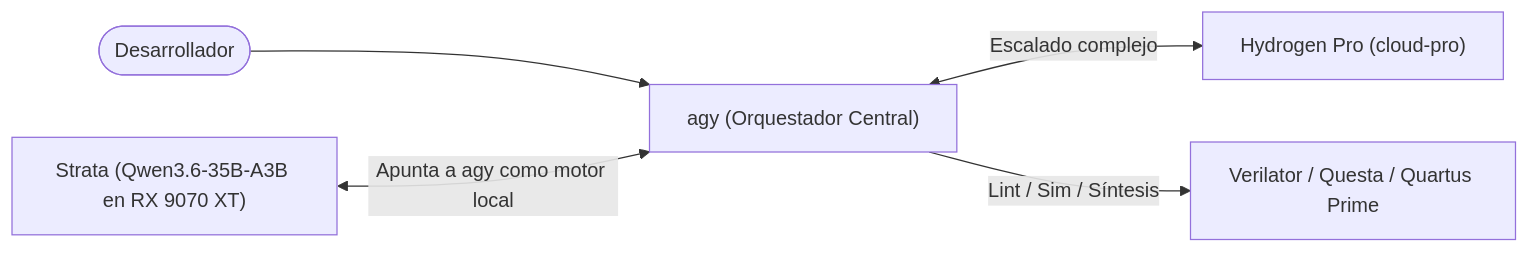
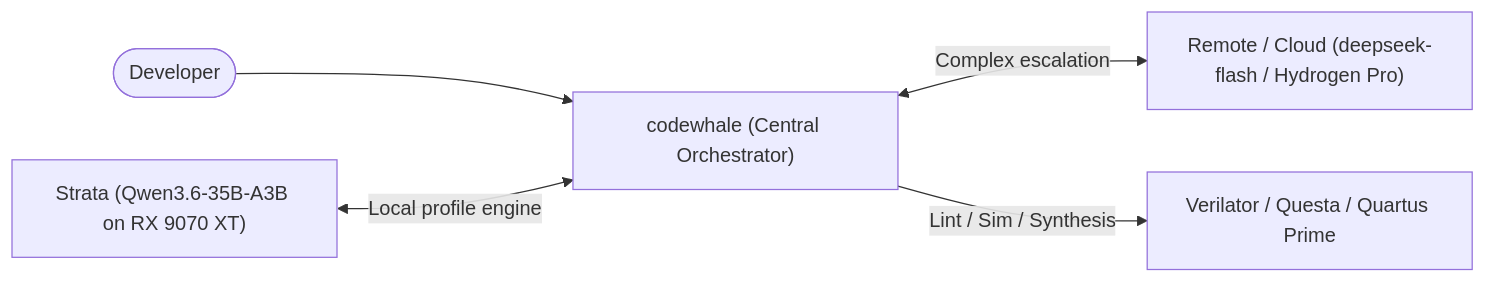
Before and after one commit to DanimanX/9070FpgaIAWorkflow: the diagram in README.md, drawn with Mermaid. The commit also changed other lines of this file and 3 other files, not shown here.

Commit message:
Switch orchestrator from agy to codewhale and translate project to English

````diff
--- a/README.md
+++ b/README.md
@@ -24,7 +24,7 @@
 ```mermaid
 flowchart LR
-    Dev(["Desarrollador"]) --> Agy["agy (Orquestador Central)"]
-    Strata["Strata (Qwen3.6-35B-A3B en RX 9070 XT)"] <-->|"Apunta a agy como motor local"| Agy
-    Agy <-->|"Escalado complejo"| Cloud["Hydrogen Pro (cloud-pro)"]
-    Agy -->|"Lint / Sim / Síntesis"| Tools["Verilator / Questa / Quartus Prime"]
+    Dev(["Developer"]) --> CW["codewhale (Central Orchestrator)"]
+    Strata["Strata (Qwen3.6-35B-A3B on RX 9070 XT)"] <-->|"Local profile engine"| CW
+    CW <-->|"Complex escalation"| Cloud["Remote / Cloud (deepseek-flash / Hydrogen Pro)"]
+    CW -->|"Lint / Sim / Synthesis"| Tools["Verilator / Questa / Quartus Prime"]
 ```
````
